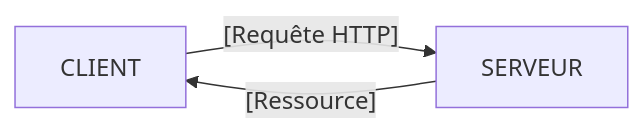
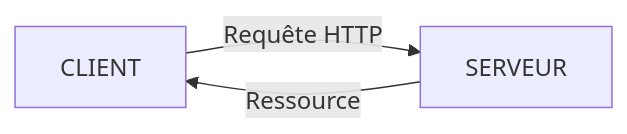
The diagram in seconde/Web/Modele_client_serveur.md (boddaert/snt), drawn with Mermaid before and after one commit.

````diff
--- a/seconde/Web/Modele_client_serveur.md
+++ b/seconde/Web/Modele_client_serveur.md
@@ -25,5 +25,5 @@
 ```mermaid
     graph LR;
-        CLIENT--[Requête HTTP]-->SERVEUR;
-        SERVEUR--[Ressource]-->CLIENT;
+        CLIENT--Requête HTTP-->SERVEUR;
+        SERVEUR--Ressource-->CLIENT;
 ```
````
